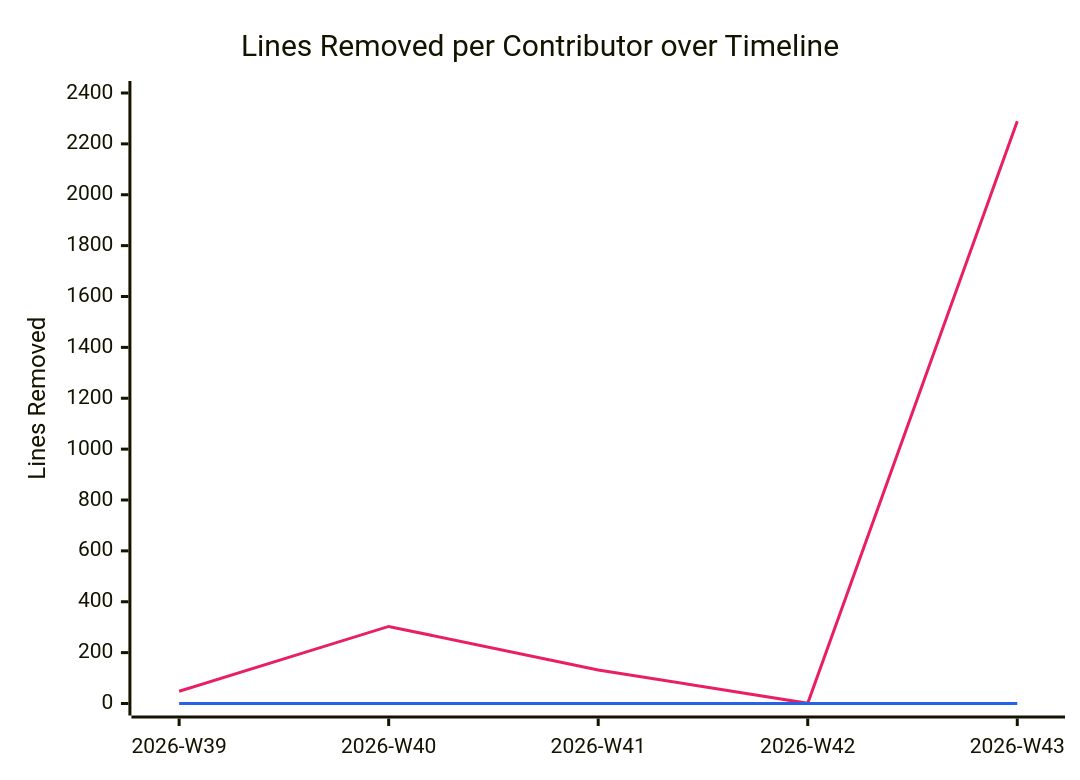
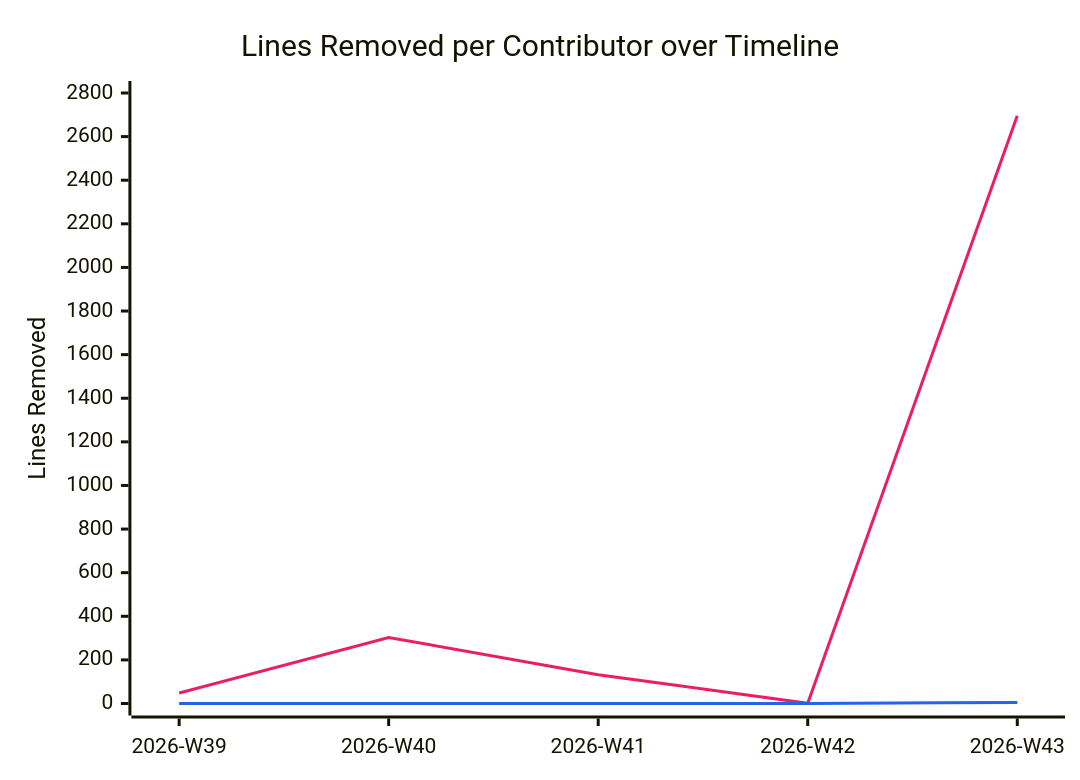
Before and after one commit to BeyondMagic/wisp: the diagram in documentation/snippets/management/code-deletions.mmd, drawn with Mermaid. The commit also changed 2 other files, not shown here.

```diff
--- a/documentation/snippets/management/code-deletions.mmd
+++ b/documentation/snippets/management/code-deletions.mmd
@@ -1,7 +1,7 @@
 %%{init: {"themeVariables": {"xyChart": {"plotColorPalette": "#e91e63, #2563eb"}}}}%%
 xychart-beta
     title "Lines Removed per Contributor over Timeline"
     x-axis ["2026-W39", "2026-W40", "2026-W41", "2026-W42", "2026-W43"]
-    y-axis "Lines Removed" 0 --> 2400
-    line [48, 303, 132, 1, 2289]
-    line [0, 0, 0, 0, 0]
+    y-axis "Lines Removed" 0 --> 2800
+    line [48, 303, 132, 1, 2696]
+    line [0, 0, 0, 0, 5]
```
